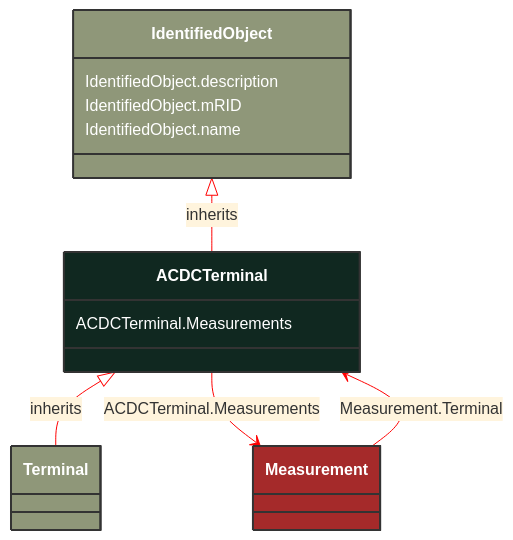
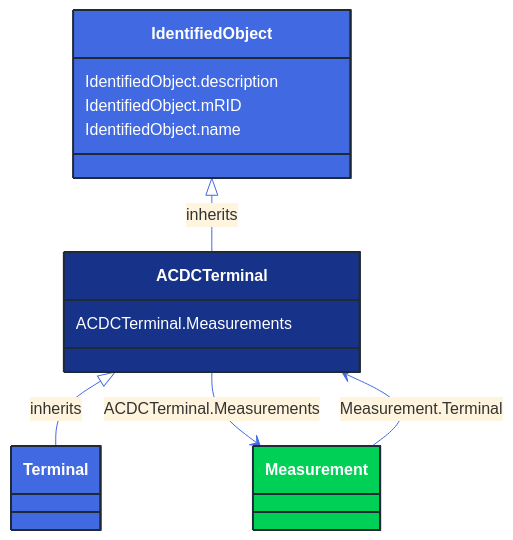
One commit to 3lbits/NoCIMExtensions changed the diagram in docs/Models/Profiles/Operation/AbstractClasses/ACDCTerminal.md. Above: the diagram before and after it, drawn with Mermaid. The commit also changed 362 other files, not shown here.

First line of the commit message:
Update diagrams and styles for improved visual consistency

````diff
--- a/docs/Models/Profiles/Operation/AbstractClasses/ACDCTerminal.md
+++ b/docs/Models/Profiles/Operation/AbstractClasses/ACDCTerminal.md
@@ -10,35 +10,35 @@
 ```mermaid
-%%{init: {'theme':'base','themeVariables': {'lineColor': '#FF0000'}}}%%
+%%{init: {'theme':'base','themeVariables': {'lineColor': '#4169E1'}}}%%
 classDiagram
     class ACDCTerminal
     click ACDCTerminal href "/Models/Profiles/Operation/AbstractClasses/ACDCTerminal/"
-    style ACDCTerminal fill:#102820,stroke:#333,stroke-width:2px,rx:10,ry:10,color:white
+    style ACDCTerminal fill:#163289,stroke:#1F2A37,stroke-width:2px,rx:10,ry:10,color:white
 
         ACDCTerminal <|-- Terminal : inherits
 
         Terminal
             click Terminal href "/Models/Profiles/Operation/ConcreteClasses/Terminal/"
-            style Terminal fill:#8F9779,stroke:#333,stroke-width:2px,rx:10,ry:10,color:white
+            style Terminal fill:#4169E1,stroke:#1F2A37,stroke-width:2px,rx:10,ry:10,color:white
      
         IdentifiedObject <|-- ACDCTerminal : inherits
             click IdentifiedObject href "/Models/Profiles/Operation/AbstractClasses/IdentifiedObject/"
-            style IdentifiedObject fill:#8F9779,stroke:#333,stroke-width:2px,rx:10,ry:10,color:white
+            style IdentifiedObject fill:#4169E1,stroke:#1F2A37,stroke-width:2px,rx:10,ry:10,color:white
 
         ACDCTerminal --> Measurement : ACDCTerminal.Measurements
 
         Measurement
             click Measurement href "/Models/Profiles/Operation/AbstractClasses/Measurement/"
-            style Measurement fill:#A52A2A,stroke:#333,stroke-width:2px,rx:10,ry:10,color:white
+            style Measurement fill:#00D156,stroke:#1F2A37,stroke-width:2px,rx:10,ry:10,color:white
 
         Measurement --> ACDCTerminal : Measurement.Terminal
 
         Measurement
             click Measurement href "/Models/Profiles/Operation/AbstractClasses/Measurement/"
-            style Measurement fill:#A52A2A,stroke:#333,stroke-width:2px,rx:10,ry:10,color:white
+            style Measurement fill:#00D156,stroke:#1F2A37,stroke-width:2px,rx:10,ry:10,color:white
 
 
         ACDCTerminal : ACDCTerminal.Measurements
         IdentifiedObject : IdentifiedObject.description
         IdentifiedObject : IdentifiedObject.mRID
         IdentifiedObject : IdentifiedObject.name
 ```
````
